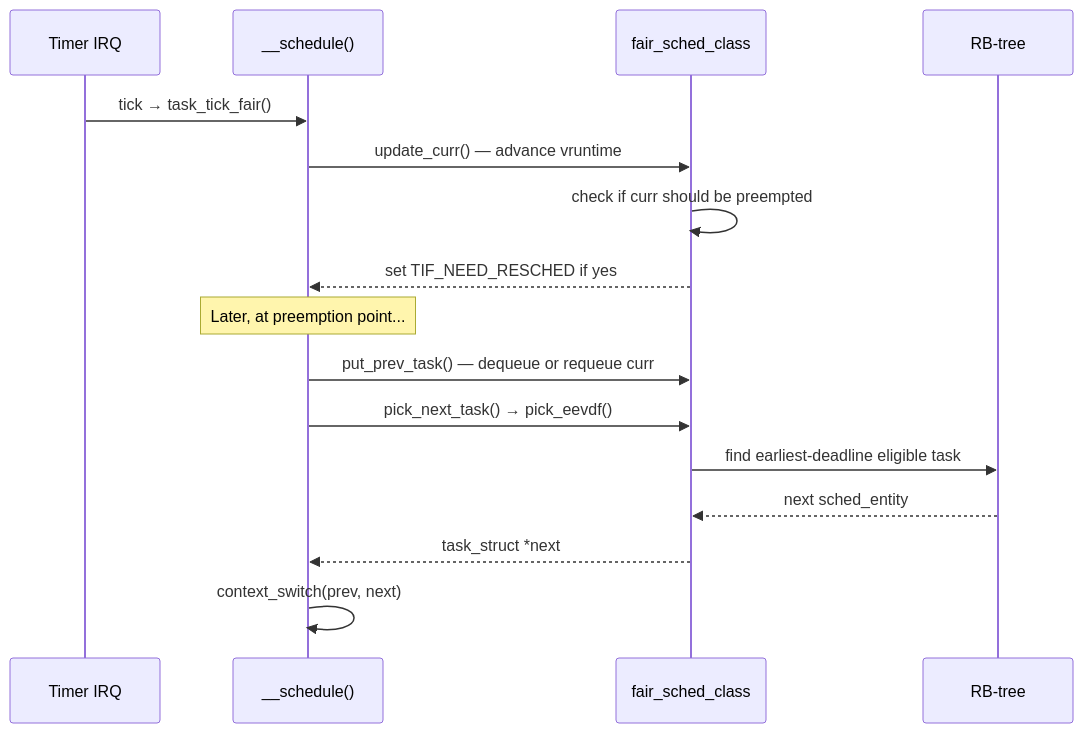
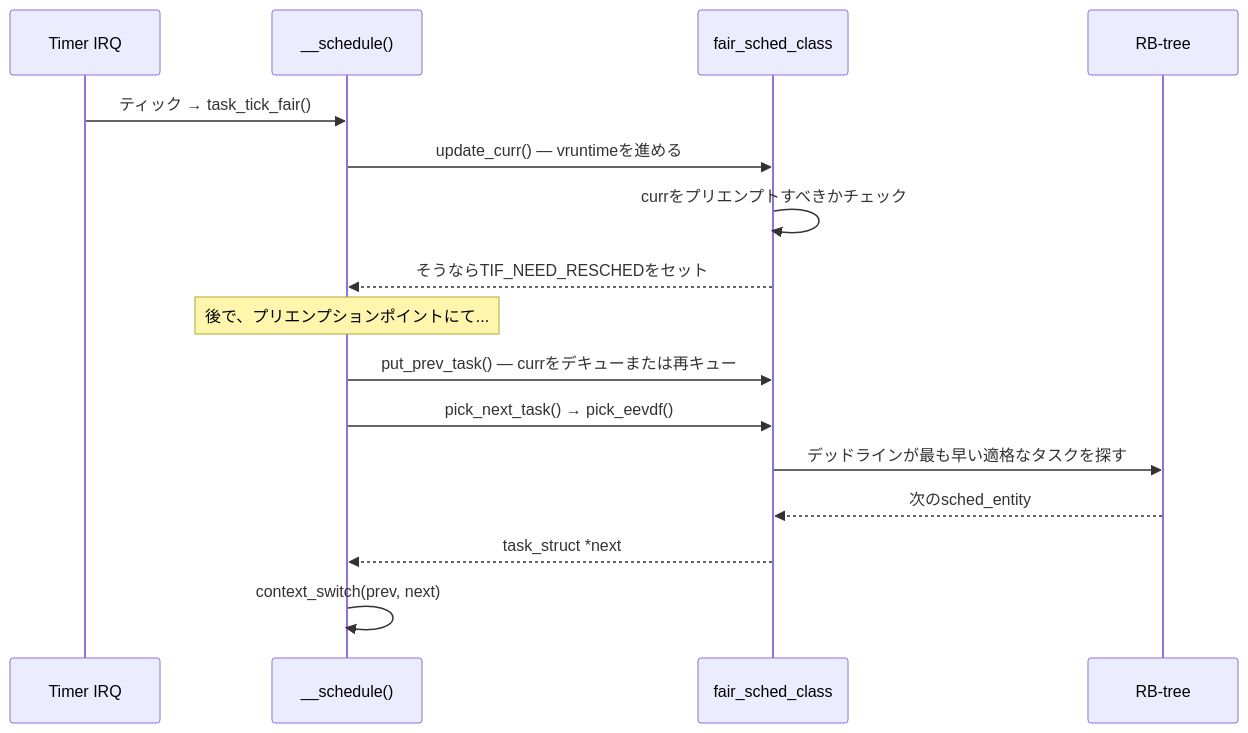
Before and after one commit to doguto/linux-kernel-internals-jp: the diagram in docs/sched/cfs.md, drawn with Mermaid. The commit also changed other lines of this file and 4 other files, not shown here.

````diff
--- a/docs/sched/cfs.md
+++ b/docs/sched/cfs.md
@@ -172,21 +172,21 @@
 ```mermaid
 sequenceDiagram
     participant Timer as Timer IRQ
     participant Sched as __schedule()
     participant CFS as fair_sched_class
     participant RB as RB-tree
 
-    Timer->>Sched: tick → task_tick_fair()
-    Sched->>CFS: update_curr() — advance vruntime
-    CFS->>CFS: check if curr should be preempted
-    CFS-->>Sched: set TIF_NEED_RESCHED if yes
+    Timer->>Sched: ティック → task_tick_fair()
+    Sched->>CFS: update_curr() — vruntimeを進める
+    CFS->>CFS: currをプリエンプトすべきかチェック
+    CFS-->>Sched: そうならTIF_NEED_RESCHEDをセット
 
-    Note over Sched: Later, at preemption point...
+    Note over Sched: 後で、プリエンプションポイントにて...
 
-    Sched->>CFS: put_prev_task() — dequeue or requeue curr
+    Sched->>CFS: put_prev_task() — currをデキューまたは再キュー
     Sched->>CFS: pick_next_task() → pick_eevdf()
-    CFS->>RB: find earliest-deadline eligible task
-    RB-->>CFS: next sched_entity
+    CFS->>RB: デッドラインが最も早い適格なタスクを探す
+    RB-->>CFS: 次のsched_entity
     CFS-->>Sched: task_struct *next
     Sched->>Sched: context_switch(prev, next)
 ```
````
